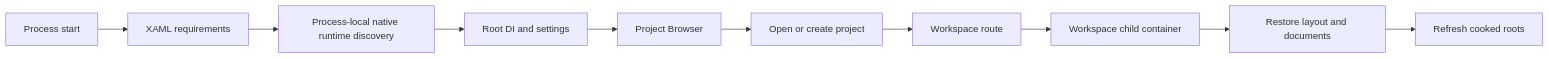
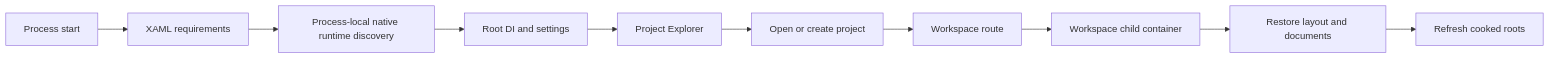
The third of 10 diagrams in design/editor/ARCHITECTURE.md (abdes/DroidNet), drawn with Mermaid before and after one commit. The commit also changed other lines of this file and 104 other files, not shown here.

First line of the commit message:
refactor(project-explorer): name the start experience ProjectExplorer

````diff
--- a/design/editor/ARCHITECTURE.md
+++ b/design/editor/ARCHITECTURE.md
@@ -440,15 +440,15 @@
 ```mermaid
 flowchart LR
     Start[Process start]
     Xaml[XAML requirements]
     Native[Process-local native runtime discovery]
     Root[Root DI and settings]
-    Browser[Project Browser]
+    Browser[Project Explorer]
     Open[Open or create project]
     Workspace[Workspace route]
     Child[Workspace child container]
     Restore[Restore layout and documents]
     Mount[Refresh cooked roots]
 
     Start --> Xaml --> Native --> Root --> Browser --> Open --> Workspace --> Child --> Restore --> Mount
 ```
````
